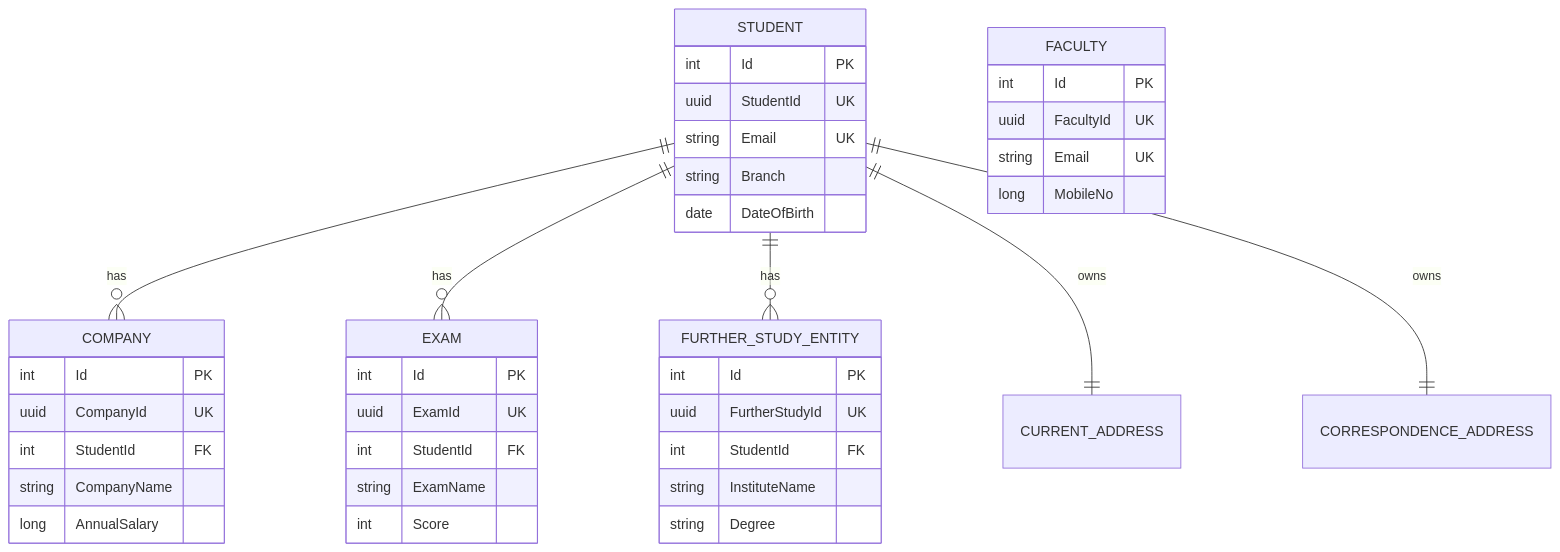
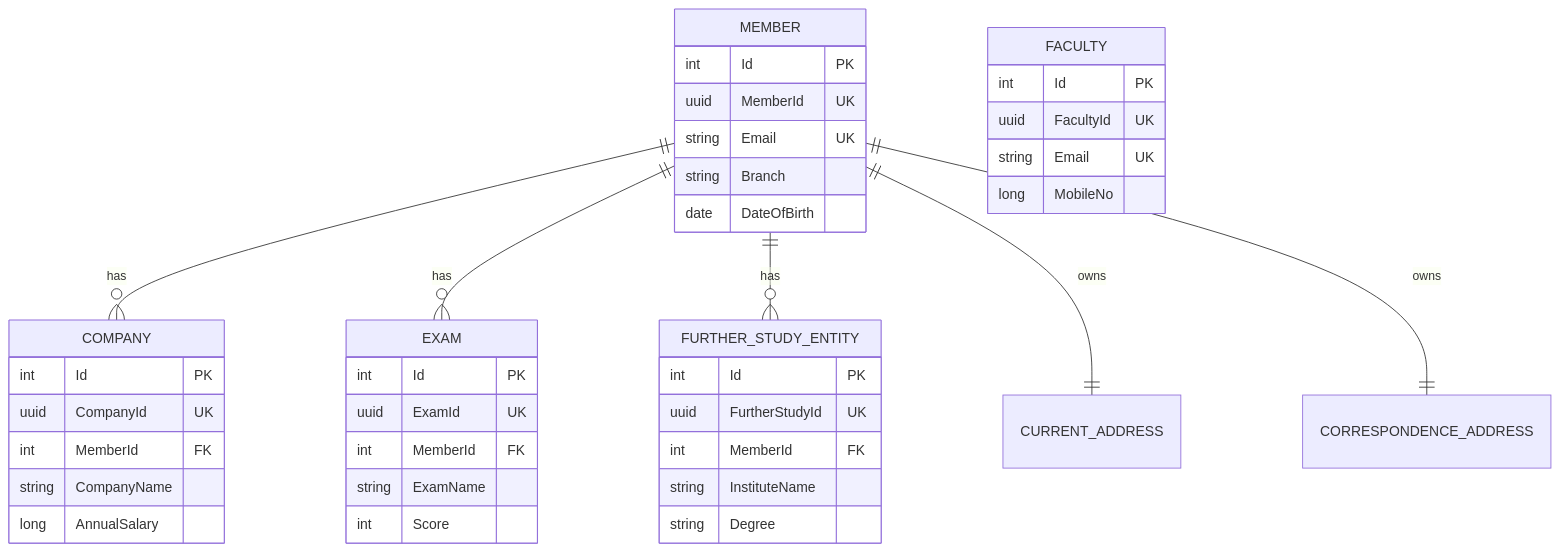
Before and after one commit to MihirJayavant/AlumniService: the diagram in docs/Domain-and-Data-Model.md, drawn with Mermaid. The commit also changed other lines of this file and 168 other files, not shown here.

````diff
--- a/docs/Domain-and-Data-Model.md
+++ b/docs/Domain-and-Data-Model.md
@@ -11,42 +11,42 @@
 ```mermaid
 erDiagram
-    STUDENT ||--o{ COMPANY : has
-    STUDENT ||--o{ EXAM : has
-    STUDENT ||--o{ FURTHER_STUDY_ENTITY : has
-    STUDENT ||--|| CURRENT_ADDRESS : owns
-    STUDENT ||--|| CORRESPONDENCE_ADDRESS : owns
-    STUDENT {
+    MEMBER ||--o{ COMPANY : has
+    MEMBER ||--o{ EXAM : has
+    MEMBER ||--o{ FURTHER_STUDY_ENTITY : has
+    MEMBER ||--|| CURRENT_ADDRESS : owns
+    MEMBER ||--|| CORRESPONDENCE_ADDRESS : owns
+    MEMBER {
         int Id PK
-        uuid StudentId UK
+        uuid MemberId UK
         string Email UK
         string Branch
         date DateOfBirth
     }
     COMPANY {
         int Id PK
         uuid CompanyId UK
-        int StudentId FK
+        int MemberId FK
         string CompanyName
         long AnnualSalary
     }
     EXAM {
         int Id PK
         uuid ExamId UK
-        int StudentId FK
+        int MemberId FK
         string ExamName
         int Score
     }
     FURTHER_STUDY_ENTITY {
         int Id PK
         uuid FurtherStudyId UK
-        int StudentId FK
+        int MemberId FK
         string InstituteName
         string Degree
     }
     FACULTY {
         int Id PK
         uuid FacultyId UK
         string Email UK
         long MobileNo
     }
 ```
````
